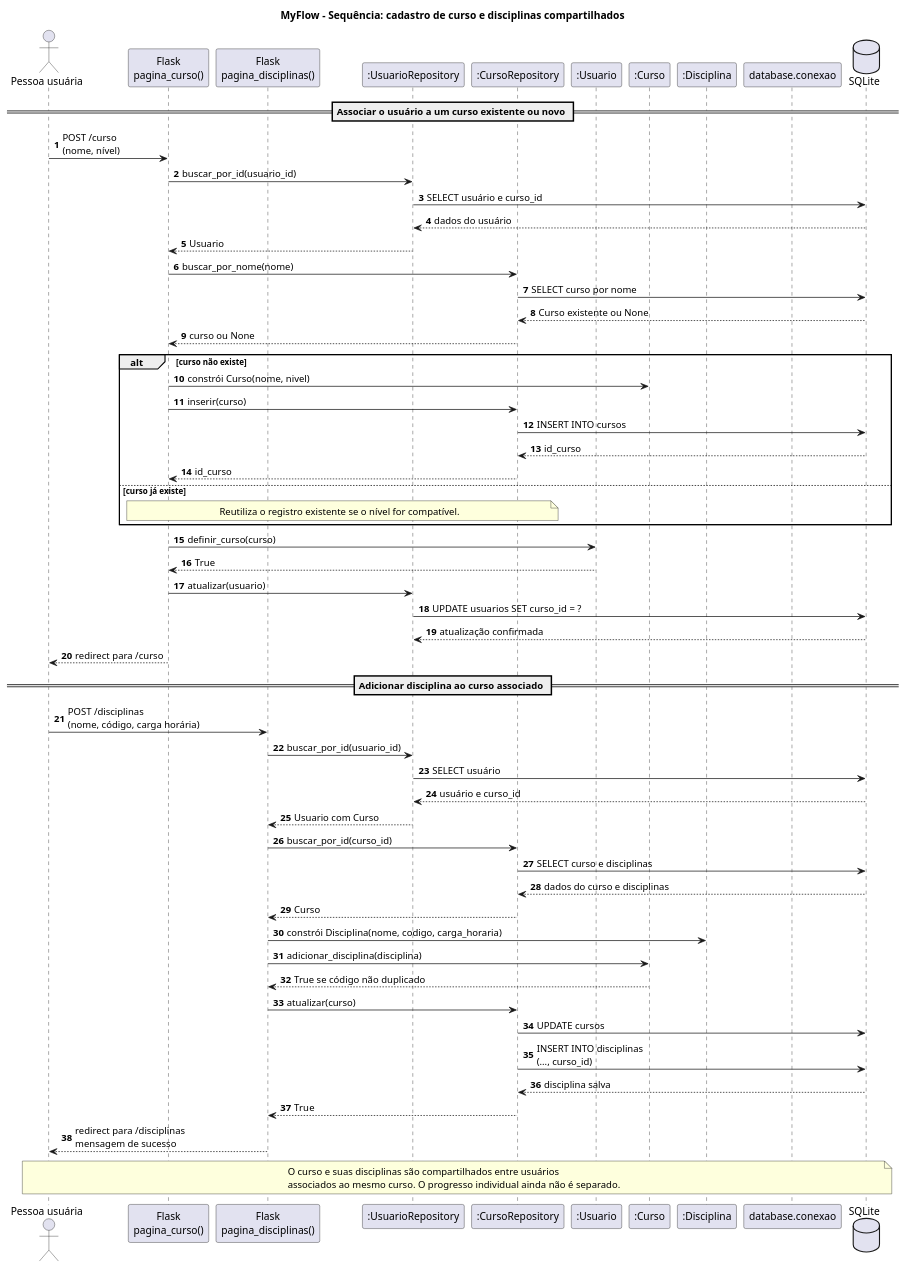
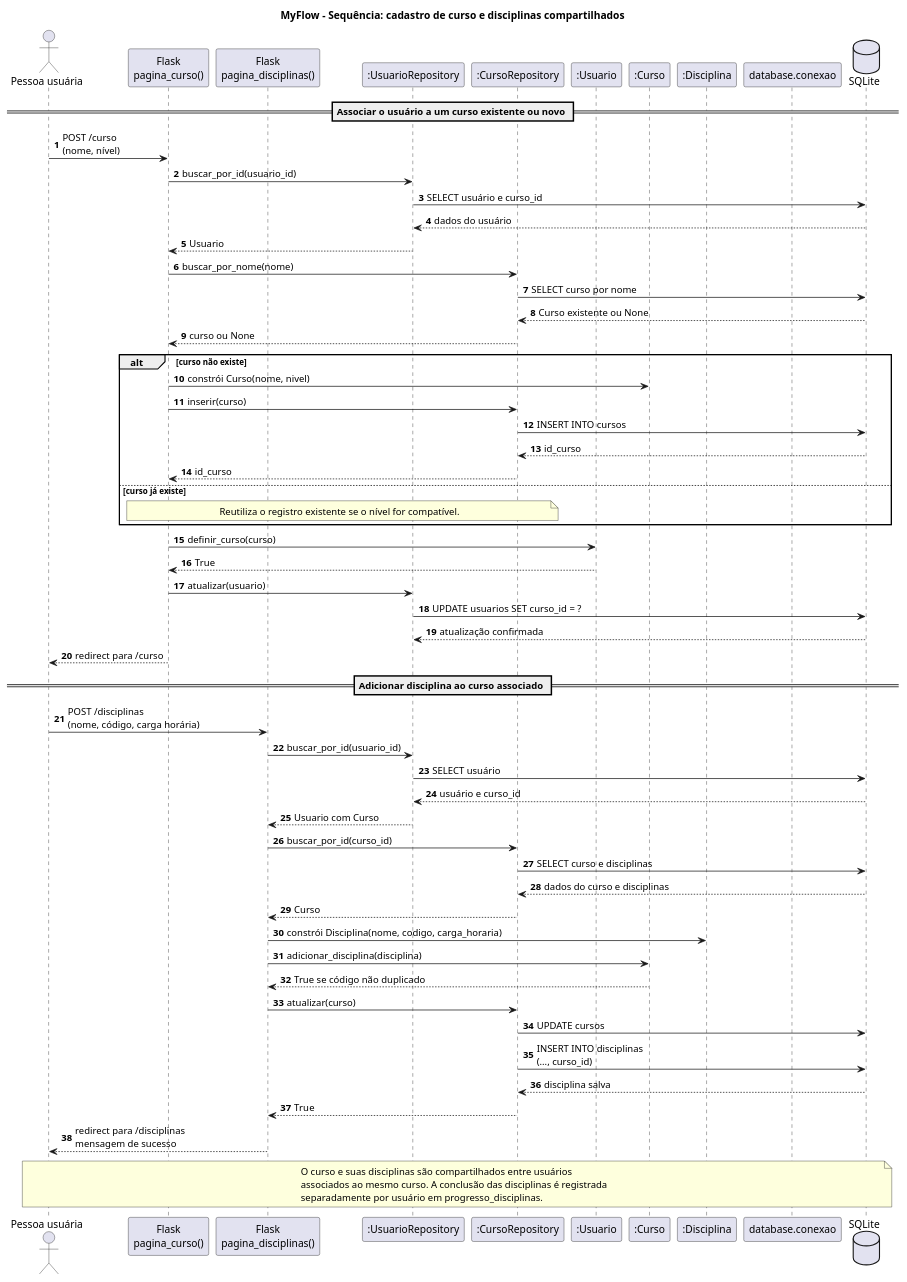
Before and after one commit to nicholasmichelon/project-myflow: the diagram in uml/sequencia/08_sequencia_cadastro_curso_disciplinas.puml, drawn with PlantUML. The commit also changed 46 other files, not shown here.

```diff
--- a/uml/sequencia/08_sequencia_cadastro_curso_disciplinas.puml
+++ b/uml/sequencia/08_sequencia_cadastro_curso_disciplinas.puml
@@ -1,79 +1,80 @@
 @startuml 08_sequencia_cadastro_curso_disciplinas
 title MyFlow - Sequência: cadastro de curso e disciplinas compartilhados
 
 skinparam shadowing false
 skinparam sequenceMessageAlign left
 skinparam responseMessageBelowArrow true
 autonumber
 
 actor "Pessoa usuária" as pessoa
 participant "Flask\npagina_curso()" as rotaCurso
 participant "Flask\npagina_disciplinas()" as rotaDisc
 participant ":UsuarioRepository" as repoUsuario
 participant ":CursoRepository" as repoCurso
 participant ":Usuario" as usuario
 participant ":Curso" as curso
 participant ":Disciplina" as disciplina
 participant "database.conexao" as cx
 database "SQLite" as db
 
 == Associar o usuário a um curso existente ou novo ==
 
 pessoa -> rotaCurso : POST /curso\n(nome, nível)
 rotaCurso -> repoUsuario : buscar_por_id(usuario_id)
 repoUsuario -> db : SELECT usuário e curso_id
 db --> repoUsuario : dados do usuário
 repoUsuario --> rotaCurso : Usuario
 
 rotaCurso -> repoCurso : buscar_por_nome(nome)
 repoCurso -> db : SELECT curso por nome
 db --> repoCurso : Curso existente ou None
 repoCurso --> rotaCurso : curso ou None
 
 alt curso não existe
   rotaCurso -> curso : constrói Curso(nome, nivel)
   rotaCurso -> repoCurso : inserir(curso)
   repoCurso -> db : INSERT INTO cursos
   db --> repoCurso : id_curso
   repoCurso --> rotaCurso : id_curso
 else curso já existe
   note over rotaCurso, repoCurso
     Reutiliza o registro existente se o nível for compatível.
   end note
 end
 
 rotaCurso -> usuario : definir_curso(curso)
 usuario --> rotaCurso : True
 rotaCurso -> repoUsuario : atualizar(usuario)
 repoUsuario -> db : UPDATE usuarios SET curso_id = ?
 db --> repoUsuario : atualização confirmada
 rotaCurso --> pessoa : redirect para /curso
 
 == Adicionar disciplina ao curso associado ==
 
 pessoa -> rotaDisc : POST /disciplinas\n(nome, código, carga horária)
 rotaDisc -> repoUsuario : buscar_por_id(usuario_id)
 repoUsuario -> db : SELECT usuário
 db --> repoUsuario : usuário e curso_id
 repoUsuario --> rotaDisc : Usuario com Curso
 rotaDisc -> repoCurso : buscar_por_id(curso_id)
 repoCurso -> db : SELECT curso e disciplinas
 db --> repoCurso : dados do curso e disciplinas
 repoCurso --> rotaDisc : Curso
 
 rotaDisc -> disciplina : constrói Disciplina(nome, codigo, carga_horaria)
 rotaDisc -> curso : adicionar_disciplina(disciplina)
 curso --> rotaDisc : True se código não duplicado
 rotaDisc -> repoCurso : atualizar(curso)
 repoCurso -> db : UPDATE cursos
 repoCurso -> db : INSERT INTO disciplinas\n(..., curso_id)
 db --> repoCurso : disciplina salva
 repoCurso --> rotaDisc : True
 rotaDisc --> pessoa : redirect para /disciplinas\nmensagem de sucesso
 
 note over pessoa, db
   O curso e suas disciplinas são compartilhados entre usuários
-  associados ao mesmo curso. O progresso individual ainda não é separado.
+  associados ao mesmo curso. A conclusão das disciplinas é registrada
+  separadamente por usuário em progresso_disciplinas.
 end note
 
 @enduml
```
